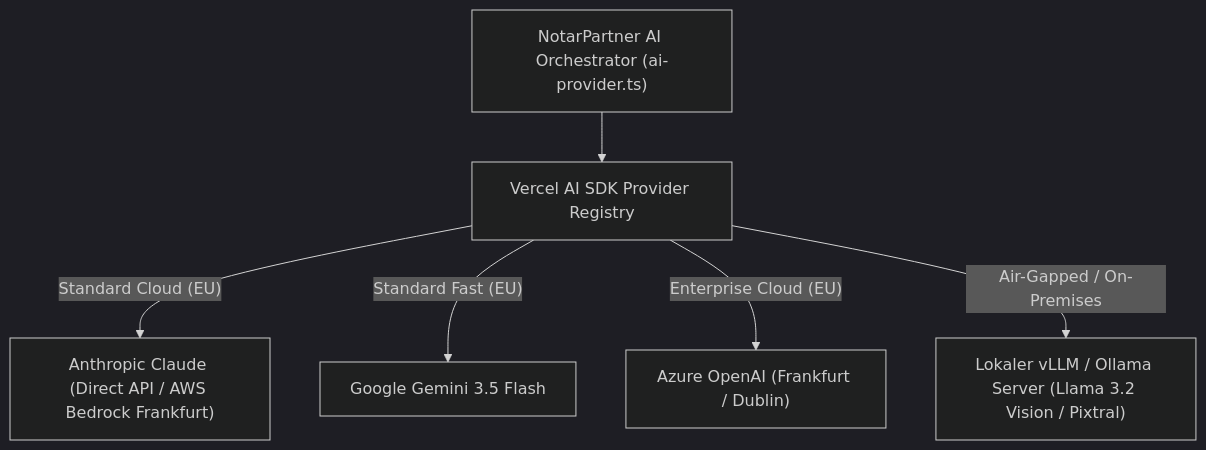
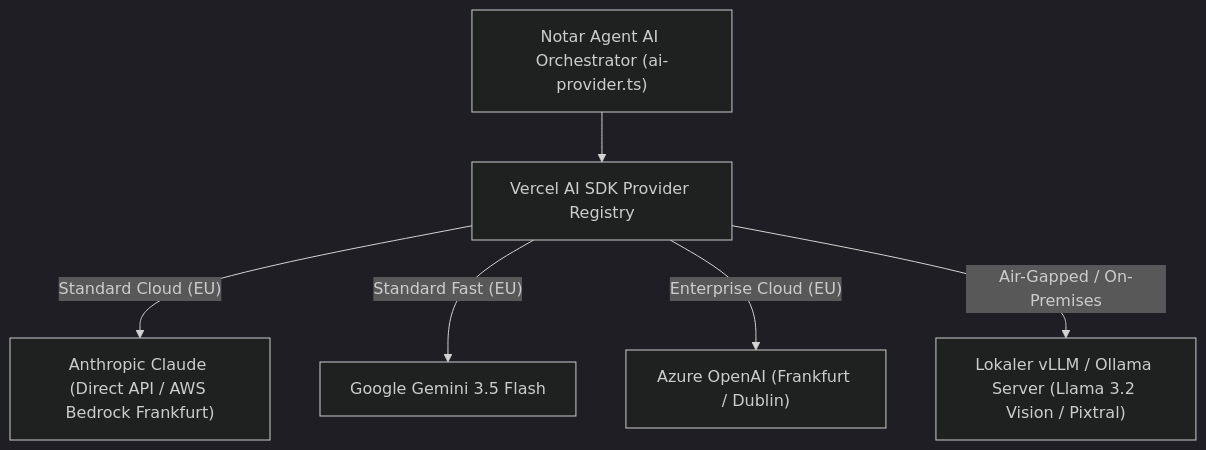
One commit to oguzbits/notar-agent changed the second of 16 diagrams in ARCHITECTURE_ROADMAP_ADDITIONS.md. Above: the diagram before and after it, drawn with Mermaid (dark theme). The commit also changed other lines of this file and 8 other files, not shown here.

Commit message:
refactor: rename project references from to Notar Agent

````diff
--- a/ARCHITECTURE_ROADMAP_ADDITIONS.md
+++ b/ARCHITECTURE_ROADMAP_ADDITIONS.md
@@ -44,8 +44,8 @@
 ```mermaid
 graph TD
-    A["NotarPartner AI Orchestrator (ai-provider.ts)"] --> B["Vercel AI SDK Provider Registry"]
+    A["Notar Agent AI Orchestrator (ai-provider.ts)"] --> B["Vercel AI SDK Provider Registry"]
     B -->|"Standard Cloud (EU)"| C["Anthropic Claude (Direct API / AWS Bedrock Frankfurt)"]
     B -->|"Standard Fast (EU)"| D["Google Gemini 3.5 Flash"]
     B -->|"Enterprise Cloud (EU)"| E["Azure OpenAI (Frankfurt / Dublin)"]
     B -->|"Air-Gapped / On-Premises"| F["Lokaler vLLM / Ollama Server (Llama 3.2 Vision / Pixtral)"]
 ```
````
